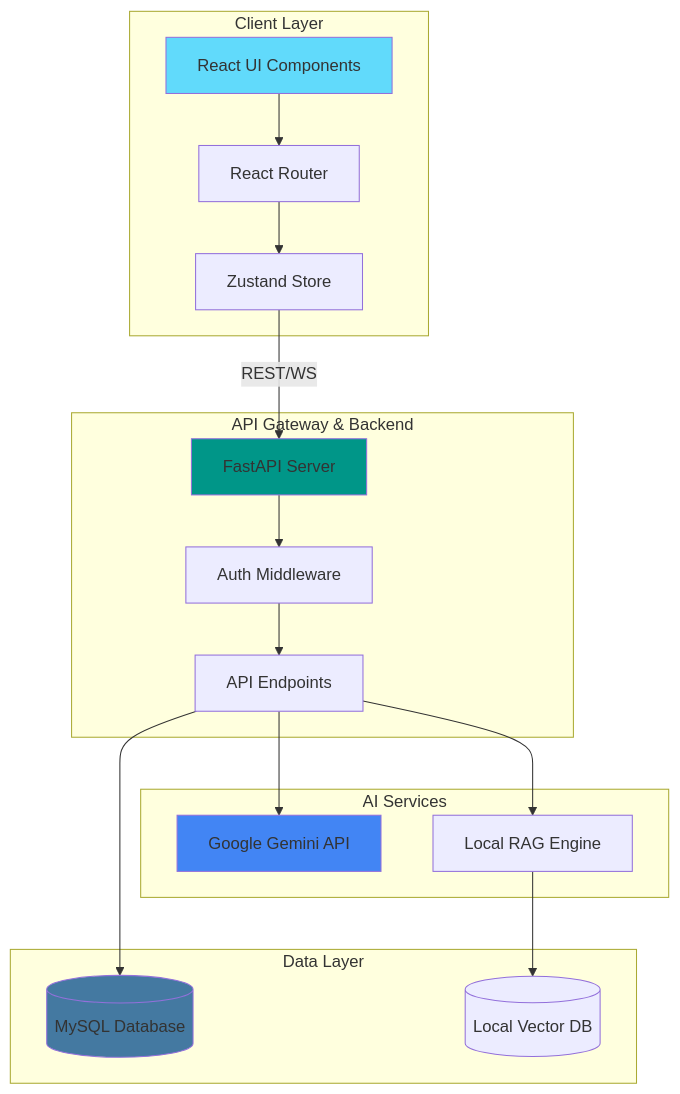
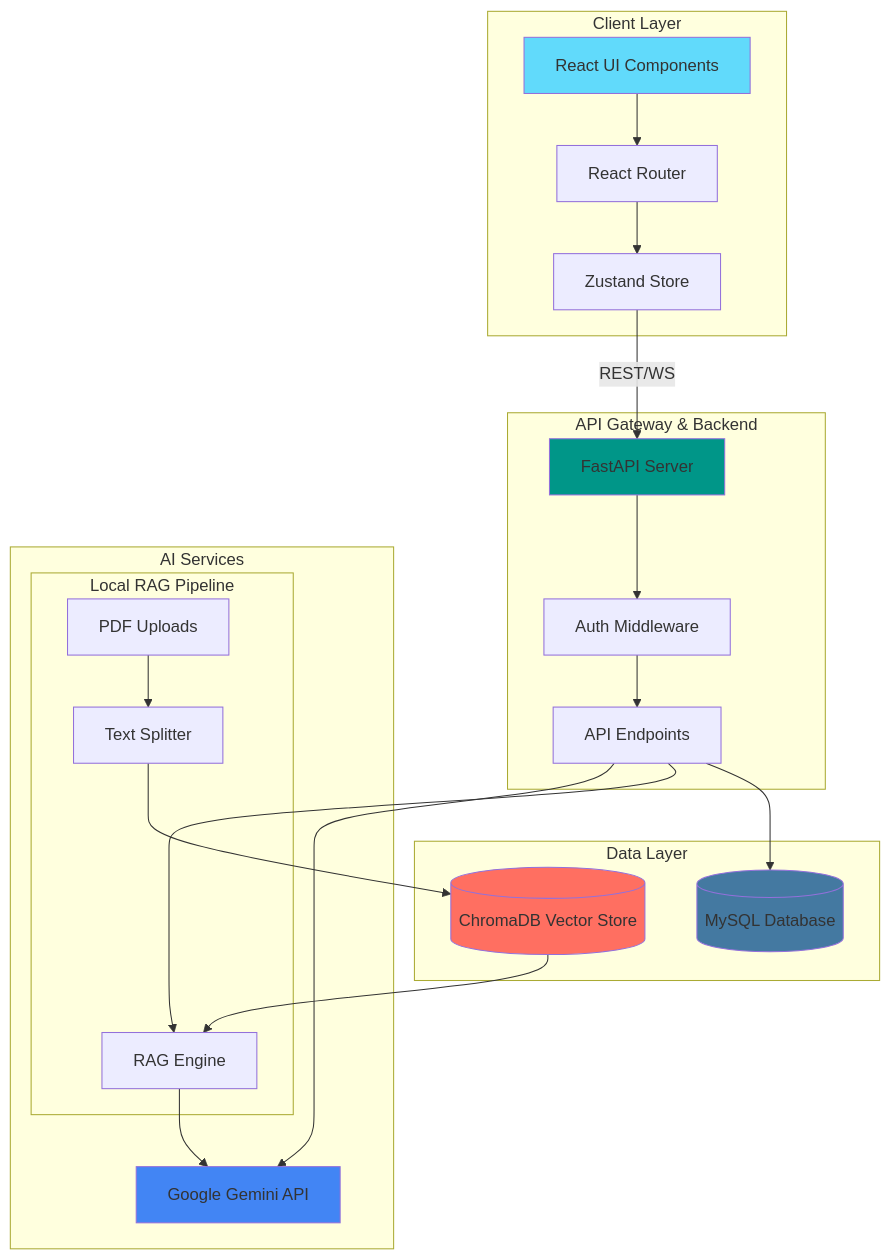
One commit to quantumNexus0/ai_legal_ecosystem changed the third of 7 diagrams in README.md. Above: the diagram before and after it, drawn with Mermaid. The commit also changed other lines of this file, not shown here.

Commit message:
docs: Update README with PDF RAG architecture and feature details

````diff
--- a/README.md
+++ b/README.md
@@ -202,42 +204,47 @@
 ```mermaid
 graph TB
     subgraph "Client Layer"
         UI[React UI Components]
         Router[React Router]
         State[Zustand Store]
     end
 
     subgraph "API Gateway & Backend"
         FastAPI[FastAPI Server]
         Auth[Auth Middleware]
         Endpoints[API Endpoints]
     end
 
     subgraph "Data Layer"
         MySQL[(MySQL Database)]
         VectorDB[(Local Vector DB)]
     end
 
     subgraph "AI Services"
         Gemini[Google Gemini API]
-        RAG[Local RAG Engine]
+        subgraph "Local RAG Pipeline"
+            PDF[PDF Uploads] --> Splitter[Text Splitter]
+            Splitter --> VectorDB[(ChromaDB Vector Store)]
+            VectorDB --> RAG[RAG Engine]
+        end
     end
 
     UI --> Router
     Router --> State
     State -- REST/WS --> FastAPI
     
     FastAPI --> Auth
     Auth --> Endpoints
     
     Endpoints --> MySQL
     Endpoints --> RAG
     Endpoints --> Gemini
     
-    RAG --> VectorDB
+    RAG --> Gemini
     
     style UI fill:#61DAFB
     style FastAPI fill:#009688
     style MySQL fill:#4479A1
     style Gemini fill:#4285F4
+    style VectorDB fill:#FF6F61
 ```
````
